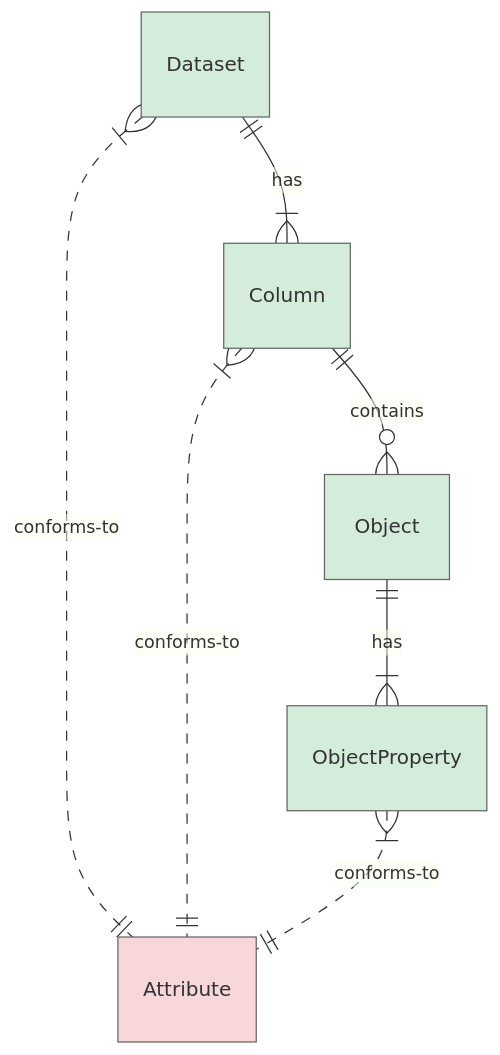
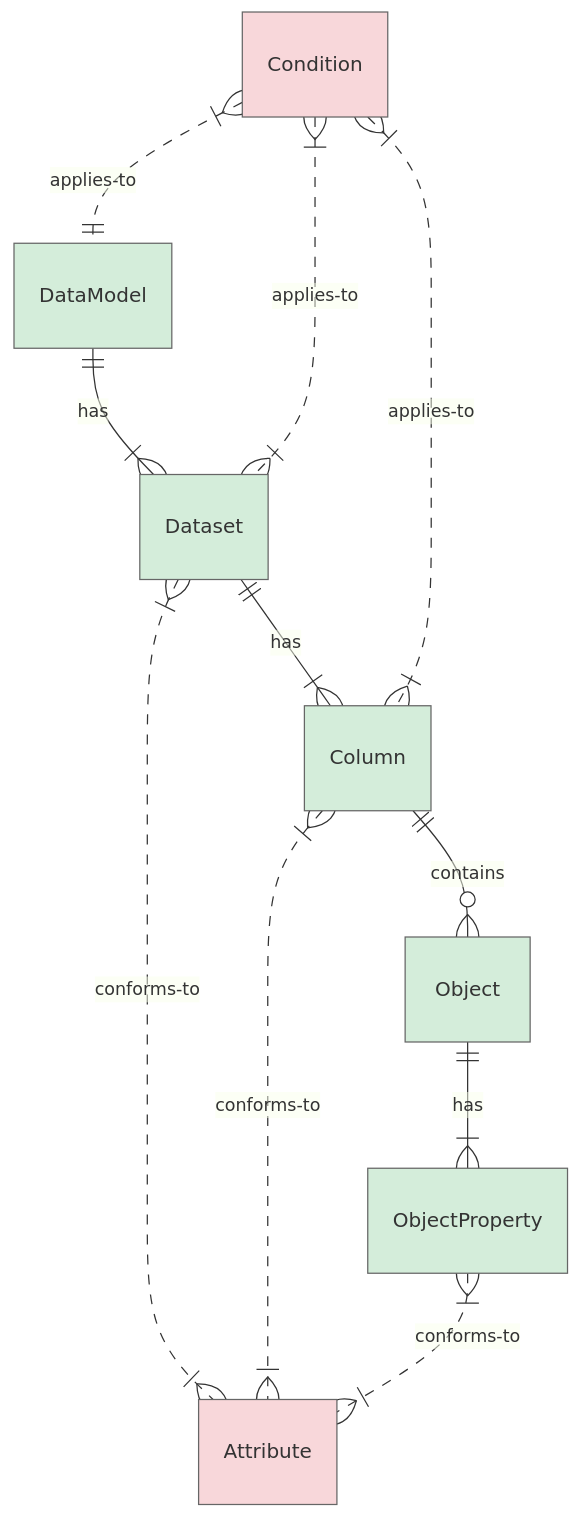
Before and after one commit to FinOps-Open-Cost-and-Usage-Spec/FOCUS_Spec: the diagram in guidelines/contributors/normative-requirements-guidelines.md, drawn with Mermaid. The commit also changed other lines of this file, not shown here.

First line of the commit message:
[Feedback] #2402 update entity diagram and description (#2490)

````diff
--- a/guidelines/contributors/normative-requirements-guidelines.md
+++ b/guidelines/contributors/normative-requirements-guidelines.md
@@ -14,18 +16,26 @@
 ```mermaid
 erDiagram
+DataModel ||--|{ Dataset : has
 Dataset ||--|{ Column : has
 Column ||--o{ Object : contains
 Object ||--|{ ObjectProperty : has
-Dataset }|..|| Attribute : conforms-to
-Column }|..|| Attribute : conforms-to
-ObjectProperty }|..|| Attribute : conforms-to
 
-%% Attribute
+Condition }|..|| DataModel : applies-to
+Condition }|..|{ Dataset : applies-to
+Condition }|..|{ Column : applies-to
+
+Dataset }|..|{ Attribute : conforms-to
+Column }|..|{ Attribute : conforms-to
+ObjectProperty }|..|{ Attribute : conforms-to
+
+%% Normative reusable entities
 style Attribute fill:#f8d7da,stroke:#666,stroke-width:1px
+style Condition fill:#f8d7da,stroke:#666,stroke-width:1px
 
 %% Schema-level entities
+style DataModel fill:#d4edda,stroke:#666,stroke-width:1px
 style Dataset fill:#d4edda,stroke:#666,stroke-width:1px
 style Column fill:#d4edda,stroke:#666,stroke-width:1px
 style Object fill:#d4edda,stroke:#666,stroke-width:1px
 style ObjectProperty fill:#d4edda,stroke:#666,stroke-width:1px
 ```
````
